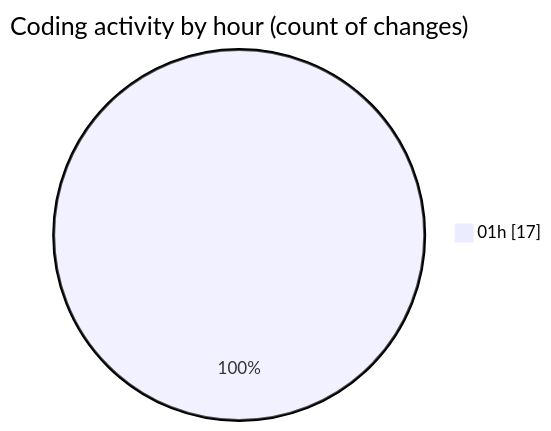
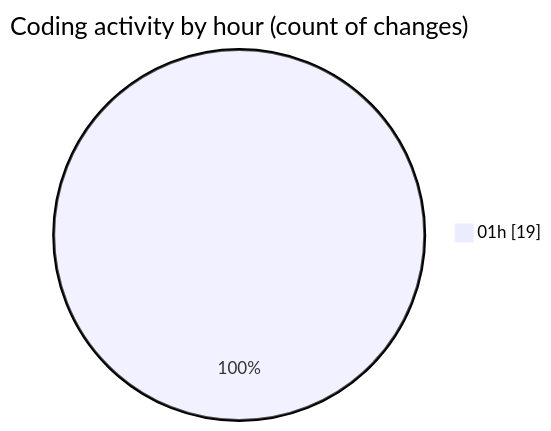
Before and after one commit to charlie-sans/code-tracking: the second of 2 diagrams in 2025-03-19/sharpmasm/README.md, drawn with Mermaid. The commit also changed other lines of this file and 1 other file, not shown here.

````diff
--- a/2025-03-19/sharpmasm/README.md
+++ b/2025-03-19/sharpmasm/README.md
@@ -33,5 +33,5 @@
 ```mermaid
 pie showData
 title Coding activity by hour (count of changes)
-"01h" : 17
+"01h" : 19
 ```
````
